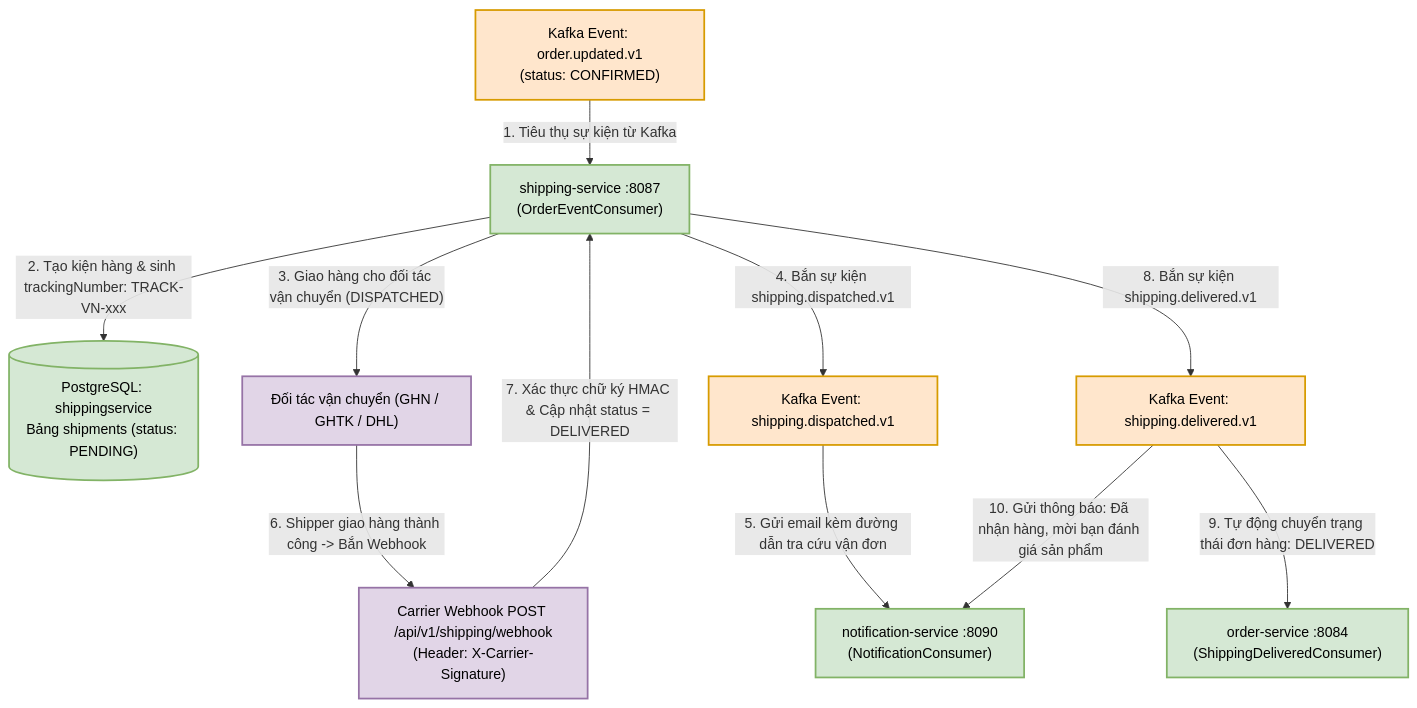
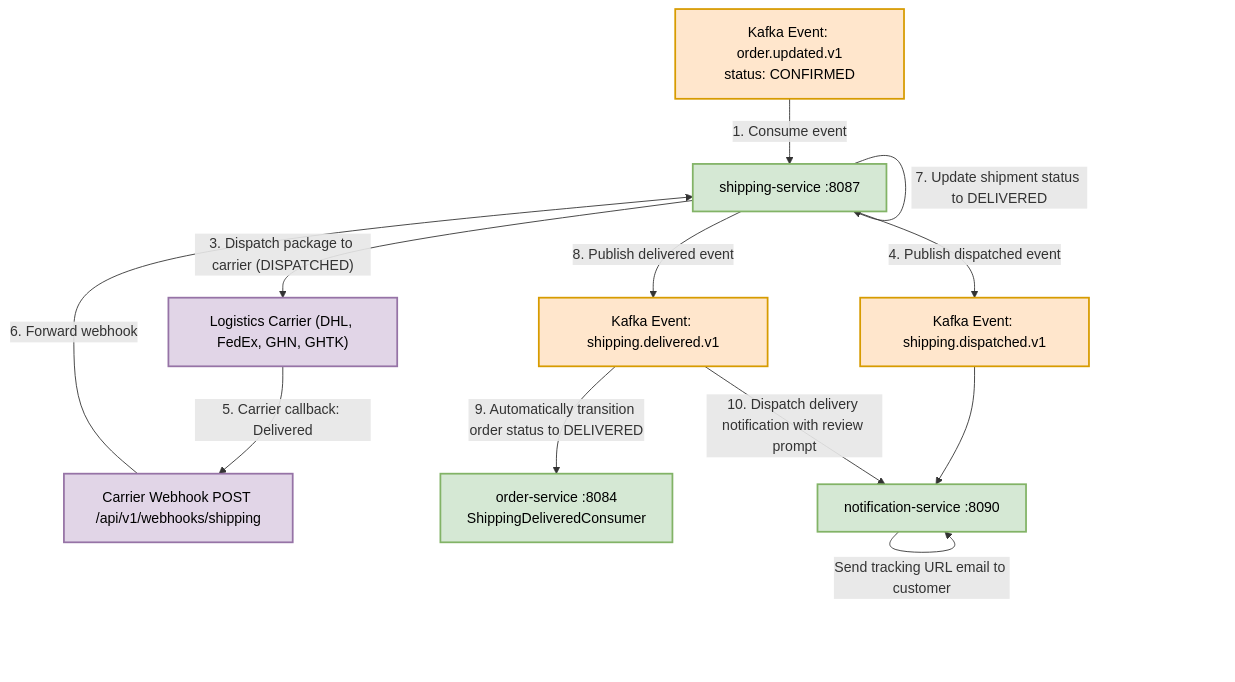
Before and after one commit to tonminhce/petproject: the eighth of 11 diagrams in docs/architecture/MASTER_ARCHITECTURE_ANALYSIS.md, drawn with Mermaid. The commit also changed other lines of this file and 77 other files, not shown here.

````diff
--- a/docs/architecture/MASTER_ARCHITECTURE_ANALYSIS.md
+++ b/docs/architecture/MASTER_ARCHITECTURE_ANALYSIS.md
@@ -558,28 +507,28 @@
 ```mermaid
 flowchart TD
     classDef eventClass fill:#ffe6cc,stroke:#d79b00,stroke-width:2px,color:#000000;
     classDef serviceClass fill:#d5e8d4,stroke:#82b366,stroke-width:2px,color:#000000;
     classDef extClass fill:#e1d5e7,stroke:#9673a6,stroke-width:2px,color:#000000;
 
-    ORD_EVT["Kafka Event: order.updated.v1<br/>(status: CONFIRMED)"]:::eventClass
-    SHP["shipping-service :8087<br/>(OrderEventConsumer)"]:::serviceClass
-    SHP_DB[("PostgreSQL: shippingservice<br/>Bảng shipments (status: PENDING)")]:::serviceClass
-    CARRIER["Đối tác vận chuyển (GHN / GHTK / DHL)"]:::extClass
-    WEBHOOK["Carrier Webhook POST /api/v1/shipping/webhook<br/>(Header: X-Carrier-Signature)"]:::extClass
-    SHP_DISP["Kafka Event: shipping.dispatched.v1"]:::eventClass
-    SHP_DELV["Kafka Event: shipping.delivered.v1"]:::eventClass
-    ORD["order-service :8084<br/>(ShippingDeliveredConsumer)"]:::serviceClass
-    NTF["notification-service :8090<br/>(NotificationConsumer)"]:::serviceClass
+    ORD_EVT["Kafka Event: order.updated.v1<br/>status: CONFIRMED"]:::eventClass
+    SHP["shipping-service :8087"]:::serviceClass
+    CARRIER["Logistics Carrier (DHL, FedEx, GHN, GHTK)"]:::extClass
+    WEBHOOK["Carrier Webhook POST /api/v1/webhooks/shipping"]:::extClass
+    SHP_EVT_DISP["Kafka Event: shipping.dispatched.v1"]:::eventClass
+    SHP_EVT_DELV["Kafka Event: shipping.delivered.v1"]:::eventClass
+    ORD["order-service :8084<br/>ShippingDeliveredConsumer"]:::serviceClass
+    NTF["notification-service :8090"]:::serviceClass
 
-    ORD_EVT -->|"1. Tiêu thụ sự kiện từ Kafka"| SHP
-    SHP -->|"2. Tạo kiện hàng & sinh trackingNumber: TRACK-VN-xxx"| SHP_DB
-    SHP -->|"3. Giao hàng cho đối tác vận chuyển (DISPATCHED)"| CARRIER
-    SHP -->|"4. Bắn sự kiện shipping.dispatched.v1"| SHP_DISP
-    SHP_DISP -->|"5. Gửi email kèm đường dẫn tra cứu vận đơn"| NTF
+    ORD_EVT -->|"1. Consume event"| SHP
+    SHP -->|"2. Create shipment record and generate tracking number"| SHP
+    SHP -->|"3. Dispatch package to carrier (DISPATCHED)"| CARRIER
+    SHP -->|"4. Publish dispatched event"| SHP_EVT_DISP --> NTF
+    NTF -->|"Send tracking URL email to customer"| NTF
 
-    CARRIER -->|"6. Shipper giao hàng thành công -> Bắn Webhook"| WEBHOOK
-    WEBHOOK -->|"7. Xác thực chữ ký HMAC & Cập nhật status = DELIVERED"| SHP
-    SHP -->|"8. Bắn sự kiện shipping.delivered.v1"| SHP_DELV
-    SHP_DELV -->|"9. Tự động chuyển trạng thái đơn hàng: DELIVERED"| ORD
-    SHP_DELV -->|"10. Gửi thông báo: Đã nhận hàng, mời bạn đánh giá sản phẩm"| NTF
+    CARRIER -->|"5. Carrier callback: Delivered"| WEBHOOK
+    WEBHOOK -->|"6. Forward webhook"| SHP
+    SHP -->|"7. Update shipment status to DELIVERED"| SHP
+    SHP -->|"8. Publish delivered event"| SHP_EVT_DELV
+    SHP_EVT_DELV -->|"9. Automatically transition order status to DELIVERED"| ORD
+    SHP_EVT_DELV -->|"10. Dispatch delivery notification with review prompt"| NTF
 ```
````
